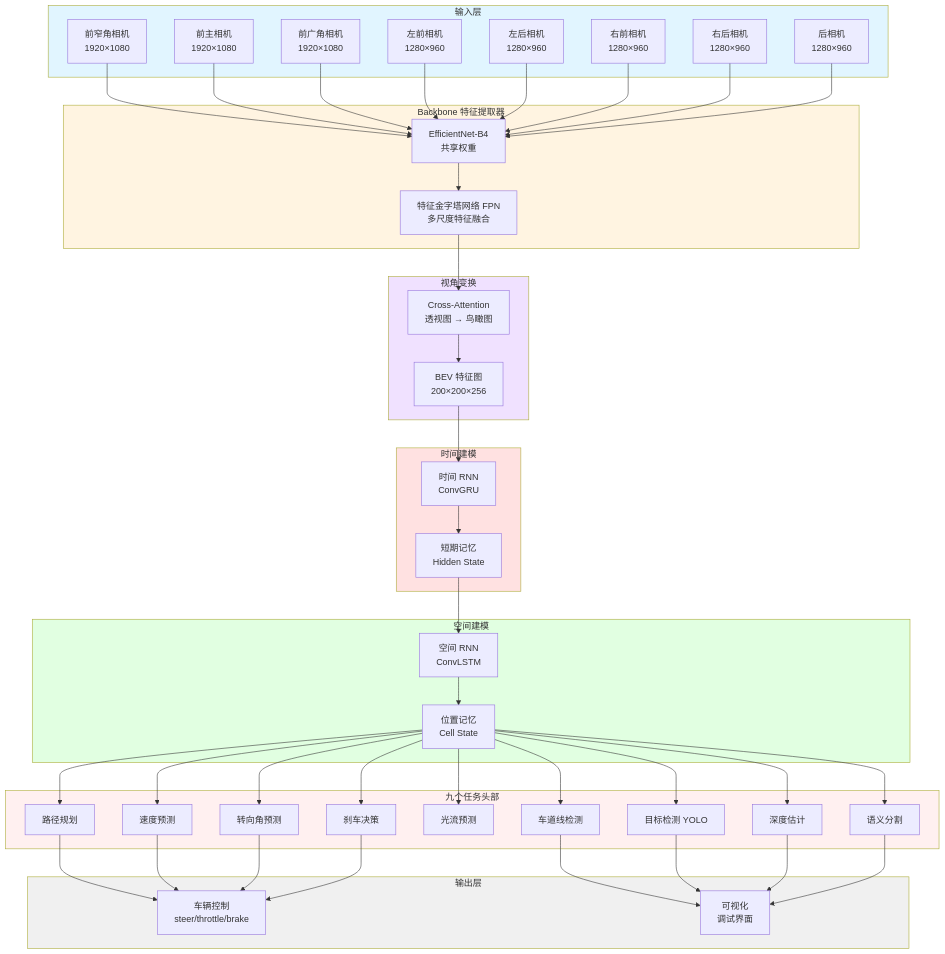
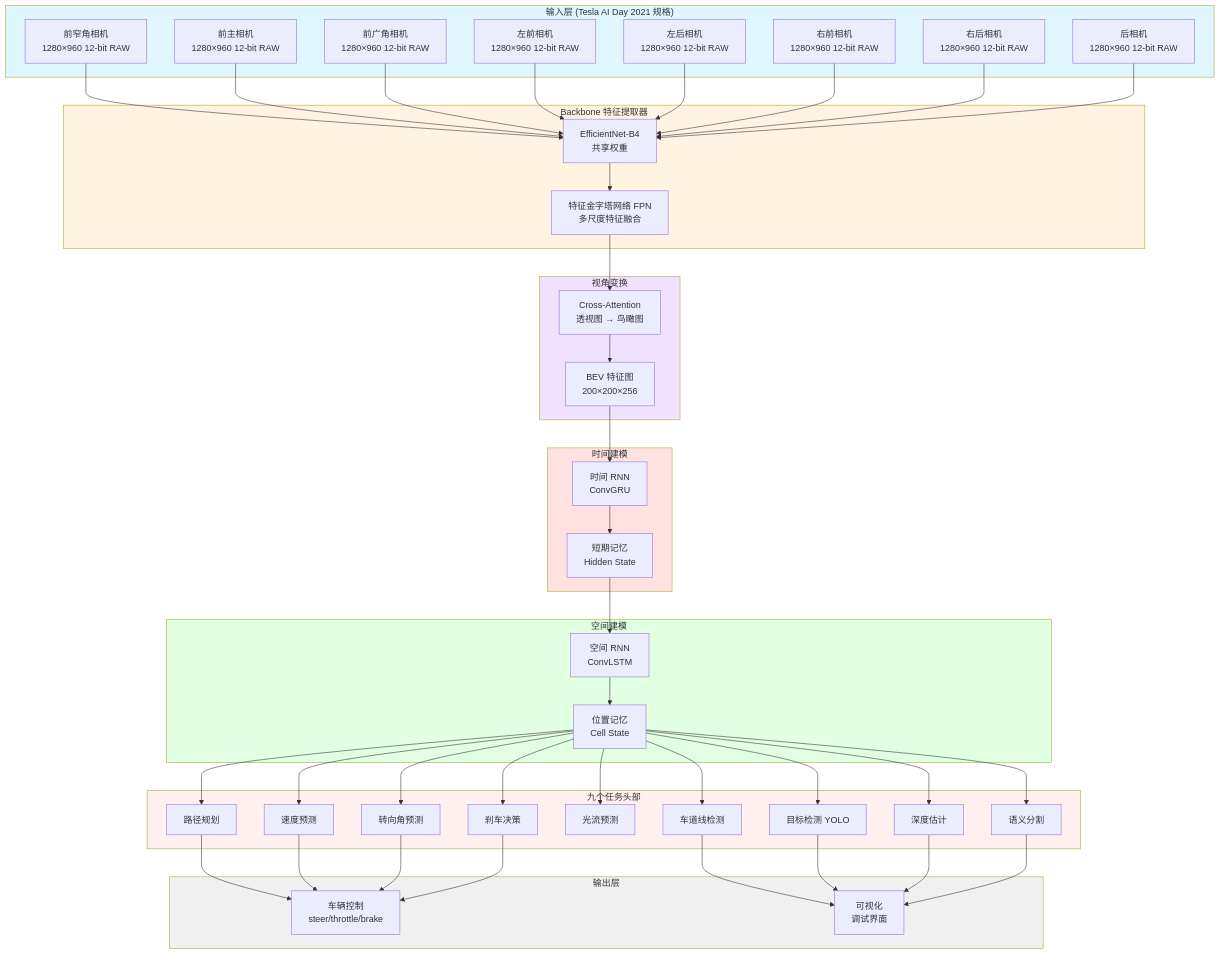
Before and after one commit to billsoft/carla: the first of 5 diagrams in .trae/documents/拆解特斯拉九头蛇神经网络架构.md, drawn with Mermaid. The commit also changed other lines of this file and 5 other files, not shown here.

````diff
--- a/.trae/documents/拆解特斯拉九头蛇神经网络架构.md
+++ b/.trae/documents/拆解特斯拉九头蛇神经网络架构.md
@@ -59,70 +71,70 @@
 ```mermaid
 graph TB
-    subgraph Input["输入层"]
-        CAM1[前窄角相机<br/>1920×1080]
-        CAM2[前主相机<br/>1920×1080]
-        CAM3[前广角相机<br/>1920×1080]
-        CAM4[左前相机<br/>1280×960]
-        CAM5[左后相机<br/>1280×960]
-        CAM6[右前相机<br/>1280×960]
-        CAM7[右后相机<br/>1280×960]
-        CAM8[后相机<br/>1280×960]
+    subgraph Input["输入层 (Tesla AI Day 2021 规格)"]
+        CAM1[前窄角相机<br/>1280×960 12-bit RAW]
+        CAM2[前主相机<br/>1280×960 12-bit RAW]
+        CAM3[前广角相机<br/>1280×960 12-bit RAW]
+        CAM4[左前相机<br/>1280×960 12-bit RAW]
+        CAM5[左后相机<br/>1280×960 12-bit RAW]
+        CAM6[右前相机<br/>1280×960 12-bit RAW]
+        CAM7[右后相机<br/>1280×960 12-bit RAW]
+        CAM8[后相机<br/>1280×960 12-bit RAW]
     end
 
     subgraph Backbone["Backbone 特征提取器"]
         EFF[EfficientNet-B4<br/>共享权重]
         FPN[特征金字塔网络 FPN<br/>多尺度特征融合]
     end
 
     subgraph BEV["视角变换"]
         CA[Cross-Attention<br/>透视图 → 鸟瞰图]
         BEVF[BEV 特征图<br/>200×200×256]
     end
 
     subgraph Temporal["时间建模"]
         TRNN[时间 RNN<br/>ConvGRU]
         MEM1[短期记忆<br/>Hidden State]
     end
 
     subgraph Spatial["空间建模"]
         SRNN[空间 RNN<br/>ConvLSTM]
         MEM2[位置记忆<br/>Cell State]
     end
 
     subgraph Heads["九个任务头部"]
         H1[车道线检测]
         H2[目标检测 YOLO]
         H3[深度估计]
         H4[语义分割]
         H5[光流预测]
         H6[路径规划]
         H7[速度预测]
         H8[转向角预测]
         H9[刹车决策]
     end
 
     subgraph Output["输出层"]
         CTRL[车辆控制<br/>steer/throttle/brake]
         VIZ[可视化<br/>调试界面]
     end
 
     CAM1 & CAM2 & CAM3 & CAM4 & CAM5 & CAM6 & CAM7 & CAM8 --> EFF
     EFF --> FPN
     FPN --> CA
     CA --> BEVF
     BEVF --> TRNN
     TRNN --> MEM1
     MEM1 --> SRNN
     SRNN --> MEM2
     MEM2 --> H1 & H2 & H3 & H4 & H5 & H6 & H7 & H8 & H9
     H6 & H7 & H8 & H9 --> CTRL
     H1 & H2 & H3 & H4 --> VIZ
 
     style Input fill:#e1f5ff
     style Backbone fill:#fff4e1
     style BEV fill:#f0e1ff
     style Temporal fill:#ffe1e1
     style Spatial fill:#e1ffe1
     style Heads fill:#fff0f0
     style Output fill:#f0f0f0
 ```
````
